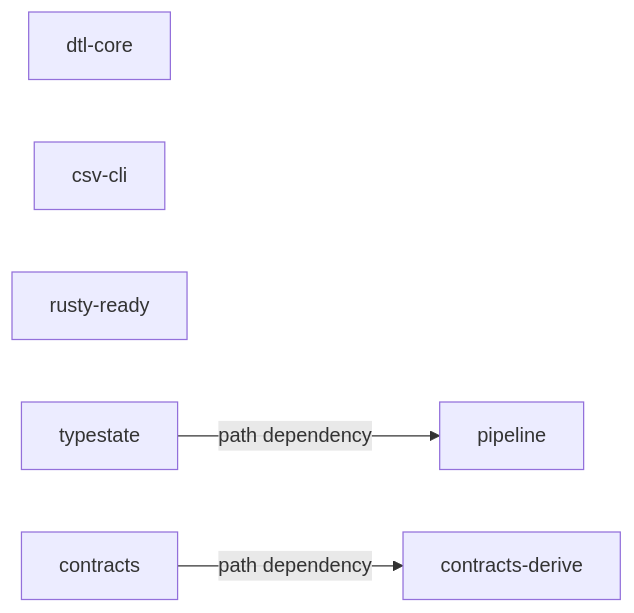
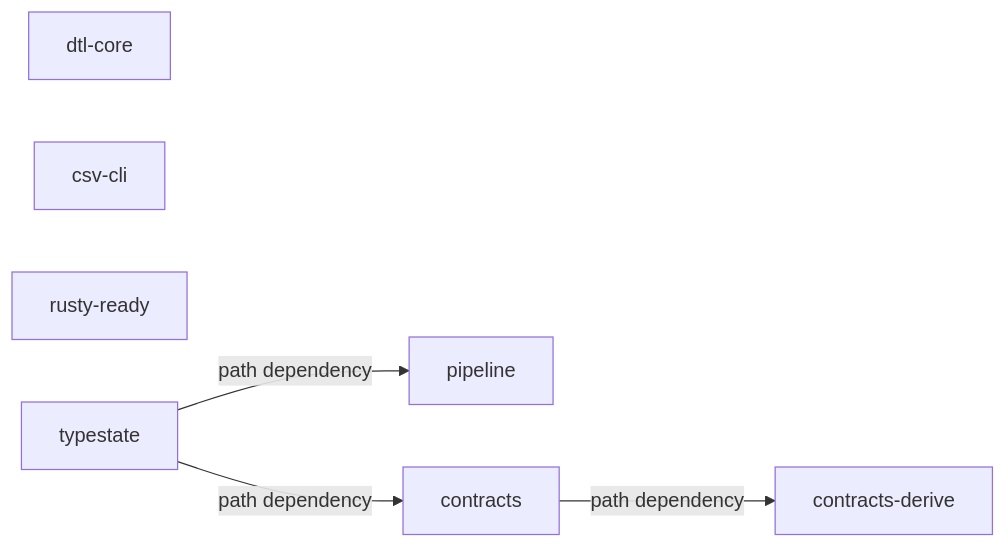
The diagram in book/src/getting-started.md (com-vitthalmirji/datacrate), drawn with Mermaid before and after one commit. The commit also changed other lines of this file and 42 other files, not shown here.

````diff
--- a/book/src/getting-started.md
+++ b/book/src/getting-started.md
@@ -61,9 +62,10 @@
 ```mermaid
 flowchart LR
     dtl-core
     csv-cli
     pipeline
     rusty-ready
     typestate -->|path dependency| pipeline
+    typestate -->|path dependency| contracts
     contracts -->|path dependency| contracts-derive
 ```
````
